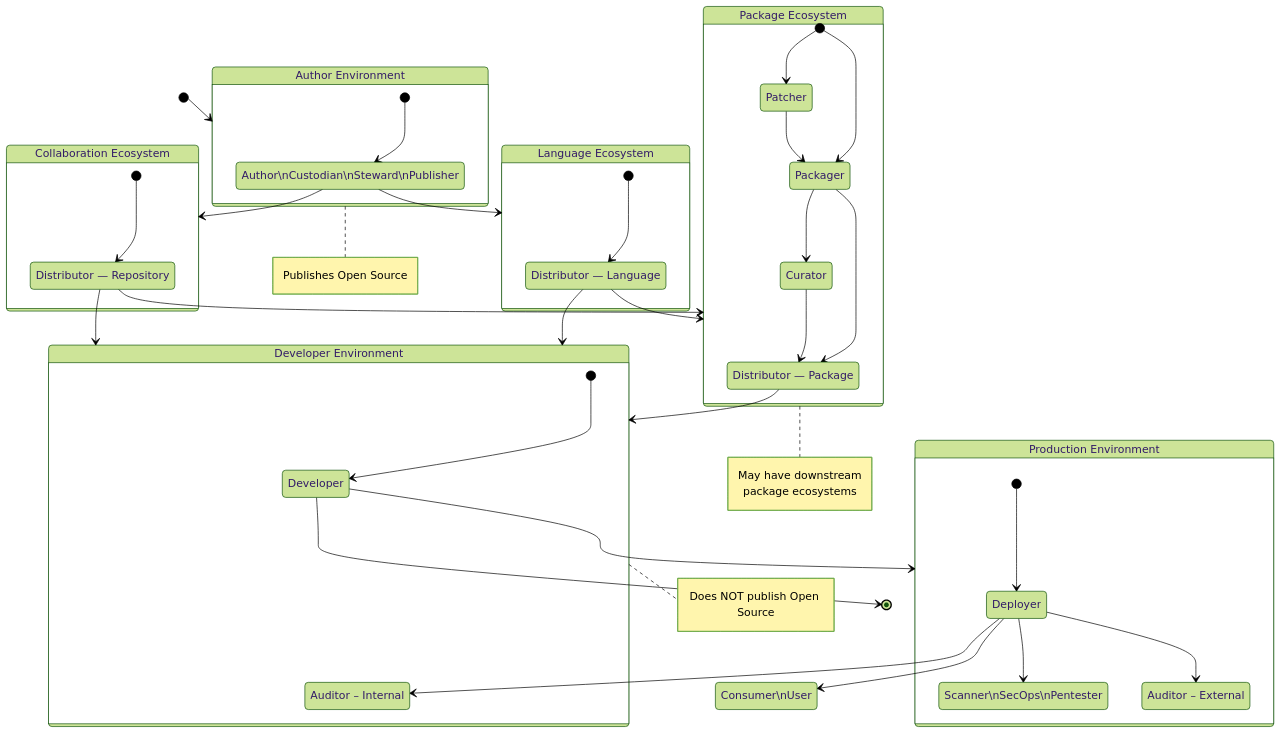
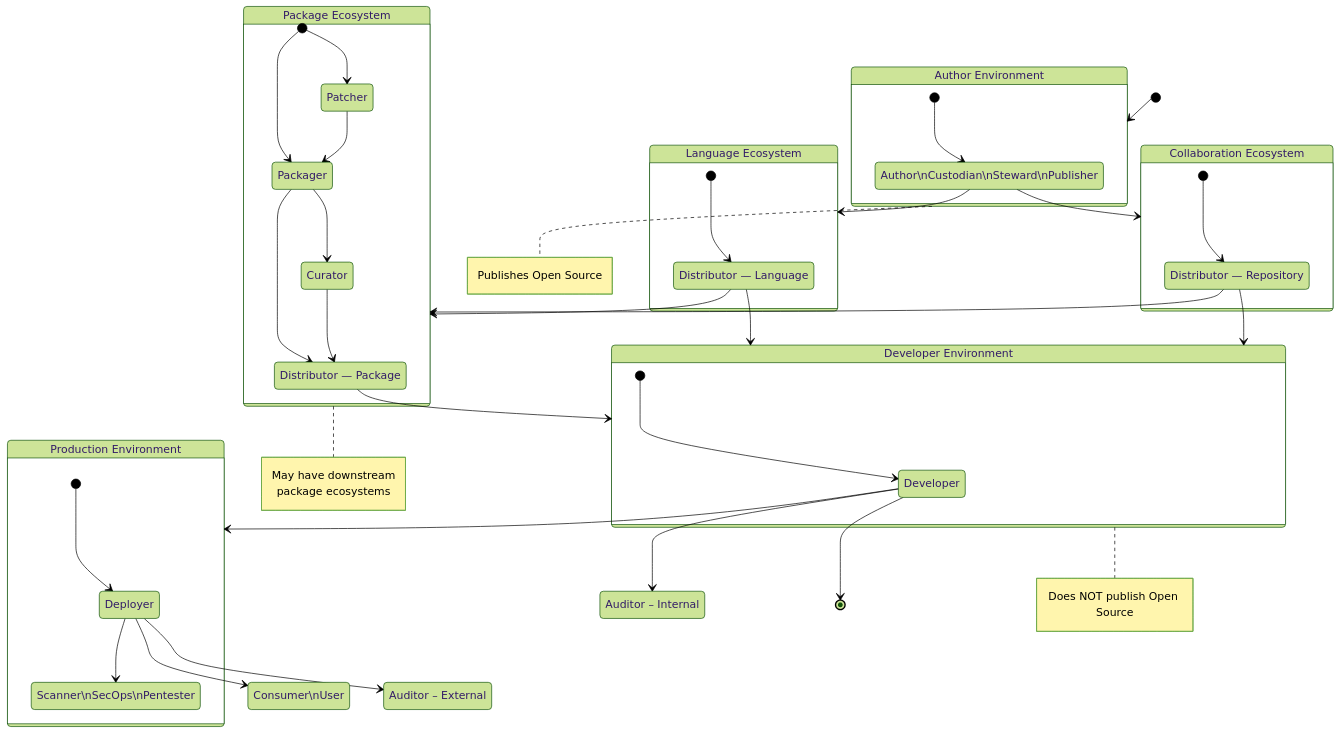
The diagram in docs/CPAN-supplychain-full.md (CPAN-Security/security.metacpan.org), drawn with Mermaid (forest theme) before and after one commit. The commit also changed other lines of this file, not shown here.

````diff
--- a/docs/CPAN-supplychain-full.md
+++ b/docs/CPAN-supplychain-full.md
@@ -28,6 +28,17 @@
 	note right of ecosystem_author
 		Publishes Open Source
 	end note
+
+	%%note left of ecosystem_author
+	%%	Name
+	%%	Version
+	%%	Download_location
+	%%	Unique_id (PURL)
+	%%	Code_repo
+	%%	Code_revision
+	%%	SBOM_type
+	%%	Vuln_vers_and_locs
+	%%end note
 
     state "Language Ecosystem" as ecosystem_lang {
     	[*] --> distributor_lang
@@ -61,22 +72,22 @@
 
 	state "Developer Environment" as ecosystem_developer {
 		[*] --> developer
-    	deployer --> auditor_internal
 	}
 
 	note right of ecosystem_developer
 		Does NOT publish Open Source
 	end note
 
+	developer --> auditor_internal
     developer --> ecosystem_prod
     developer --> [*]
 
 	state "Production Environment" as ecosystem_prod {
 		[*] --> deployer
     	deployer --> scanner
-    	deployer --> auditor_external
 	}
 
     deployer --> consumer
+    deployer --> auditor_external
 
 ```
````
